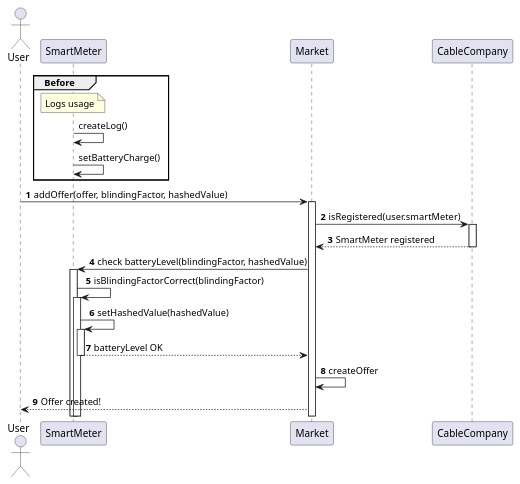
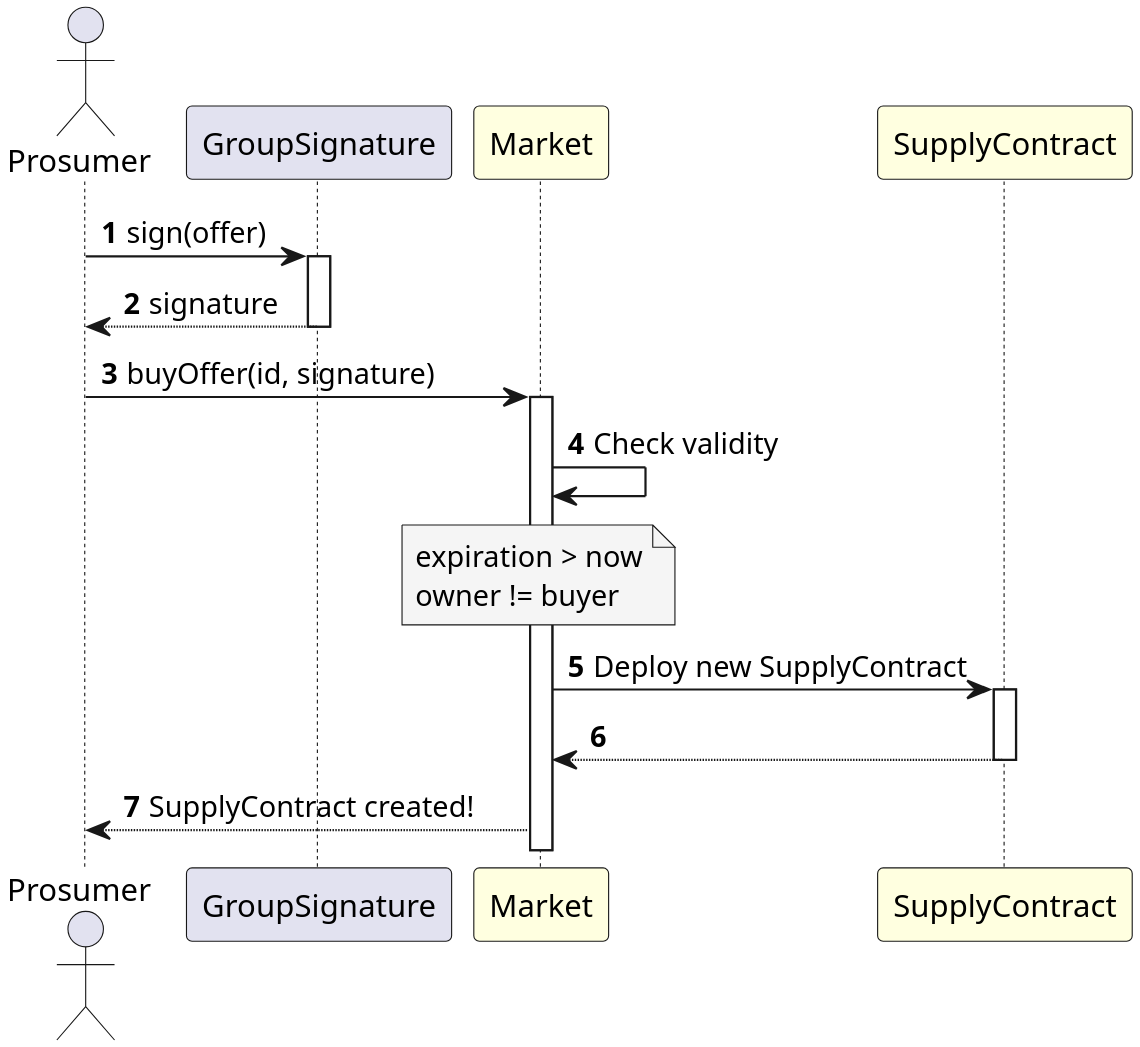
Before and after one commit to antonoeschmidt/SmartGridEmpowered: the diagram in docs/buyOffer.puml, drawn with PlantUML. The commit also changed 1 other file, not shown here.

```diff
--- a/docs/buyOffer.puml
+++ b/docs/buyOffer.puml
@@ -1,30 +1,25 @@
-@startuml AddOffer
-actor User
-participant SmartMeter
-participant Market
-participant CableCompany
+@startuml BuyOffer
+actor Prosumer
+participant GroupSignature
+participant Market #LightYellow
+participant SupplyContract #LightYellow
 
-skinparam responseMessageBelowArrow true
-
-group Before
-    note over SmartMeter: Logs usage
-    SmartMeter -> SmartMeter: createLog()
-
-    SmartMeter -> SmartMeter: setBatteryCharge()
-end group
+skinparam dpi 300
 
 autonumber
-User -> Market ++: addOffer(offer, blindingFactor, hashedValue)
 
-Market -> CableCompany ++: isRegistered(user.smartMeter)
-CableCompany --> Market --: SmartMeter registered
+Prosumer -> GroupSignature ++: sign(offer)
+GroupSignature --> Prosumer --: signature
 
-Market -> SmartMeter ++: check batteryLevel(blindingFactor, hashedValue)
-SmartMeter -> SmartMeter ++: isBlindingFactorCorrect(blindingFactor)
-SmartMeter -> SmartMeter ++: setHashedValue(hashedValue)
-SmartMeter --> Market --: batteryLevel OK
+Prosumer -> Market ++: buyOffer(id, signature)
+Market -> Market: Check validity
+note over Market #WhiteSmoke
+expiration > now
+owner != buyer
+end note
 
-Market -> Market: createOffer
+Market -> SupplyContract ++: Deploy new SupplyContract
+SupplyContract --> Market --:
 
-Market --> User: Offer created!
+Market --> Prosumer: SupplyContract created!
 @enduml
```
